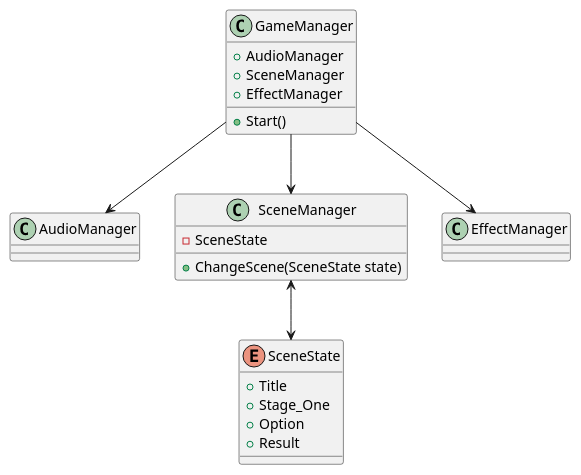
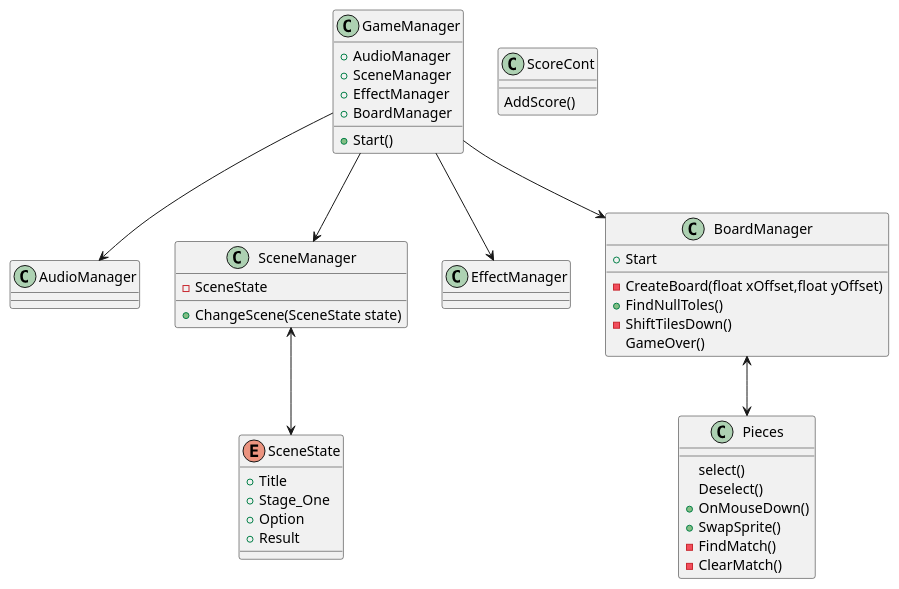
Before and after one commit to FearFrog/2DPuzzle: the diagram in ClassDesign.plantuml, drawn with PlantUML.

Commit message:
ClassDesign_Update
クラス図の変更

```diff
--- a/ClassDesign.plantuml
+++ b/ClassDesign.plantuml
@@ -1,38 +1,64 @@
 @startuml
 
 enum SceneState{
     +Title
     +Stage_One
     +Option
     +Result
 }
 
+
 class GameManager{
     +AudioManager
     +SceneManager
     +EffectManager
+    +BoardManager
 
     +Start()
 }
 
 class AudioManager{
 
 }
 
 class SceneManager{
     -SceneState
 
     +ChangeScene(SceneState state)
 }
 
 class EffectManager{
 
 }
 
+class BoardManager{
+    +Start
+    -CreateBoard(float xOffset,float yOffset)
+    +FindNullToles()
+    -ShiftTilesDown()
+    GameOver()
+
+}
+
+class Pieces{
+    select()
+    Deselect()
+    +OnMouseDown()
+    +SwapSprite()
+    -FindMatch()
+    -ClearMatch()
+}
+
+class ScoreCont{
+    AddScore()
+}
+
 GameManager --> AudioManager
 GameManager --> SceneManager
 GameManager --> EffectManager
+GameManager --> BoardManager
 
+BoardManager<-->Pieces
 SceneManager <--> SceneState
 
 @enduml
```
